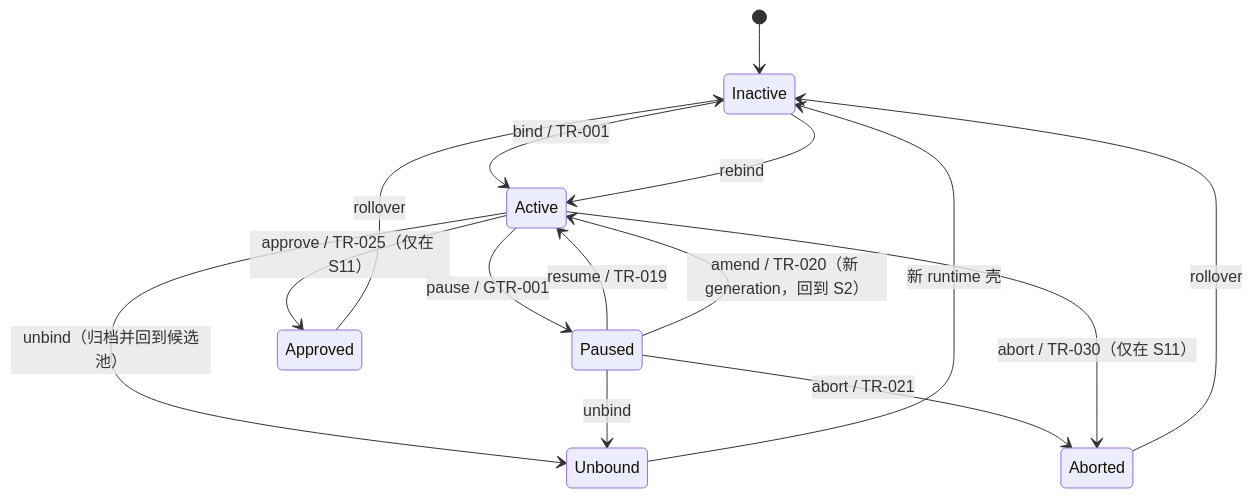
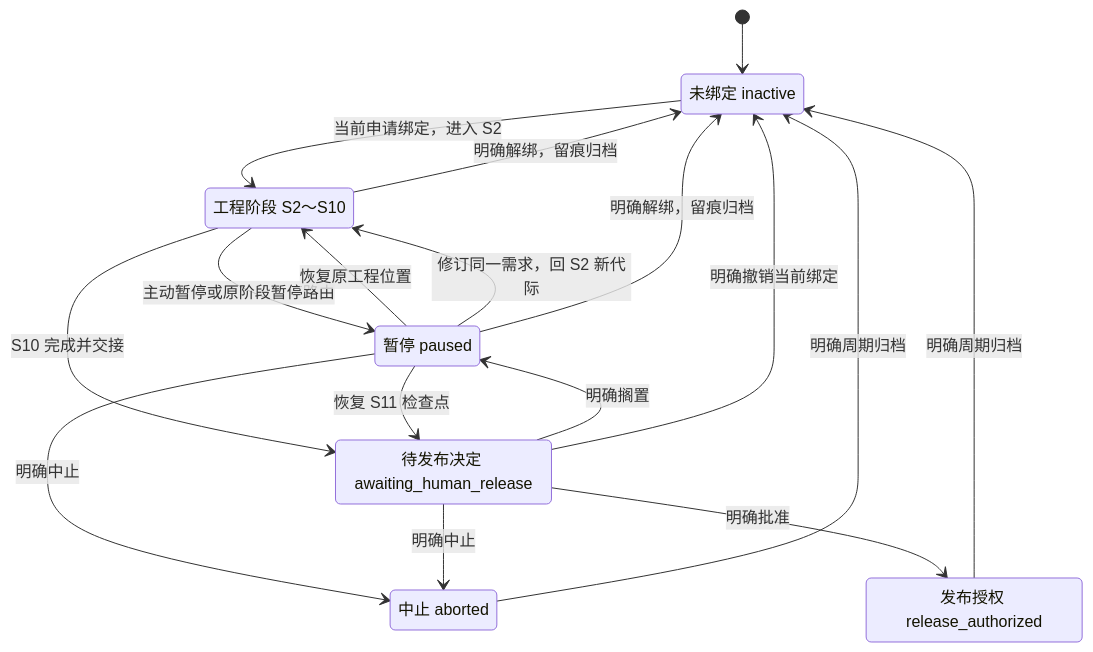
One commit to Sebs-Lee/go-system-builder changed the second of 2 diagrams in blueprint/l3-stages/L3-S1-bind.md. Above: the diagram before and after it, drawn with Mermaid. The commit also changed other lines of this file and 468 other files, not shown here.

````diff
--- a/blueprint/l3-stages/L3-S1-bind.md
+++ b/blueprint/l3-stages/L3-S1-bind.md
@@ -250,17 +253,25 @@
 ```mermaid
 stateDiagram-v2
+    state "未绑定 inactive" as Inactive
+    state "工程阶段 S2～S10" as Working
+    state "暂停 paused" as Paused
+    state "待发布决定 awaiting_human_release" as Gateway
+    state "发布授权 release_authorized" as Authorized
+    state "中止 aborted" as Aborted
     [*] --> Inactive
-    Inactive --> Active: bind / TR-001
-    Active --> Paused: pause / GTR-001
-    Paused --> Active: resume / TR-019
-    Paused --> Active: amend / TR-020（新 generation，回到 S2）
-    Active --> Unbound: unbind（归档并回到候选池）
-    Paused --> Unbound: unbind
-    Paused --> Aborted: abort / TR-021
-    Active --> Approved: approve / TR-025（仅在 S11）
-    Active --> Aborted: abort / TR-030（仅在 S11）
-    Approved --> Inactive: rollover
-    Aborted --> Inactive: rollover
-    Unbound --> Inactive: 新 runtime 壳
-    Inactive --> Active: rebind
+    Inactive --> Working: 当前申请绑定，进入 S2
+    Working --> Paused: 主动暂停或原阶段暂停路由
+    Paused --> Working: 恢复原工程位置
+    Paused --> Working: 修订同一需求，回 S2 新代际
+    Working --> Inactive: 明确解绑，留痕归档
+    Paused --> Inactive: 明确解绑，留痕归档
+    Paused --> Aborted: 明确中止
+    Working --> Gateway: S10 完成并交接
+    Gateway --> Paused: 明确搁置
+    Paused --> Gateway: 恢复 S11 检查点
+    Gateway --> Authorized: 明确批准
+    Gateway --> Aborted: 明确中止
+    Gateway --> Inactive: 明确撤销当前绑定
+    Authorized --> Inactive: 明确周期归档
+    Aborted --> Inactive: 明确周期归档
 ```
````
